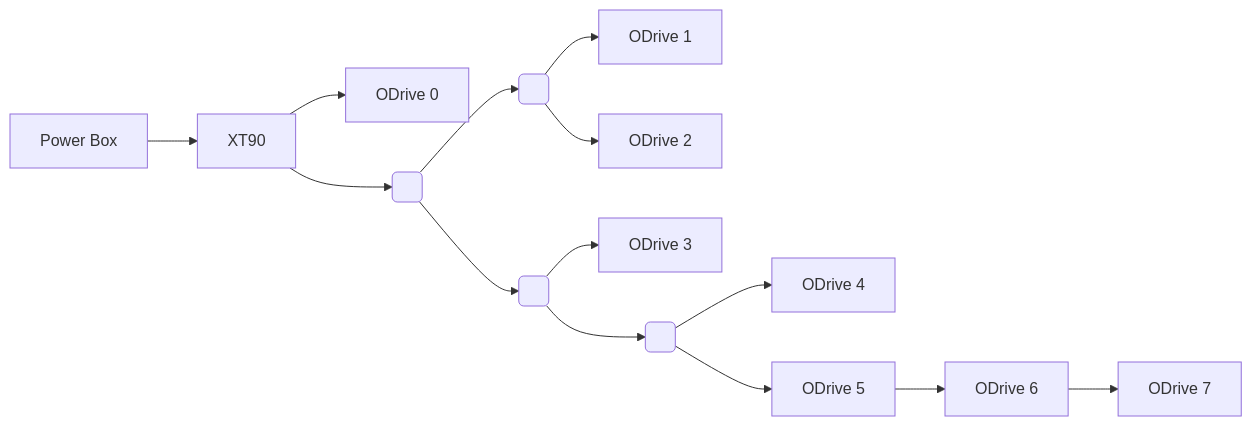
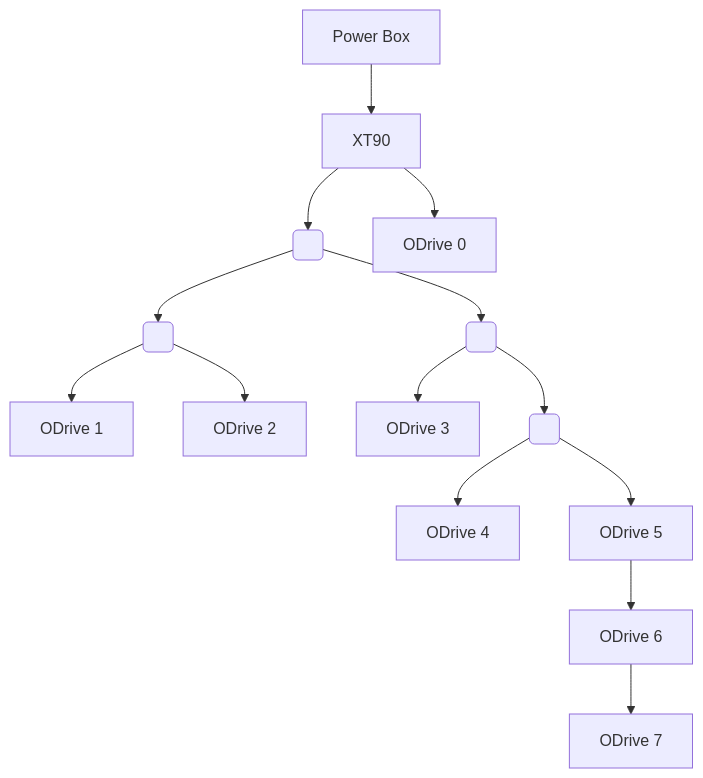
One commit to JesseDarr/dARM changed the second of 2 diagrams in README.md. Above: the diagram before and after it, drawn with Mermaid.

````diff
--- a/README.md
+++ b/README.md
@@ -168,16 +168,17 @@
 ```mermaid
-graph LR    
+graph TD    
     PowerBox[Power Box] --> XT90[XT90]
+    XT90 --> T0( )
     XT90 --> ODrive0[ODrive 0]
-    XT90 --> T0( )
+    
     T0 --> T1( )
     T0 --> T2( )
     T1 --> ODrive1[ODrive 1]
     T1 --> ODrive2[ODrive 2]
     T2 --> ODrive3[ODrive 3]
     T2 --> T3( )
     T3 --> ODrive4[ODrive 4]
     T3 --> ODrive5[ODrive 5]
     ODrive5 --> ODrive6[ODrive 6]
     ODrive6 --> ODrive7[ODrive 7]
 ```
````
